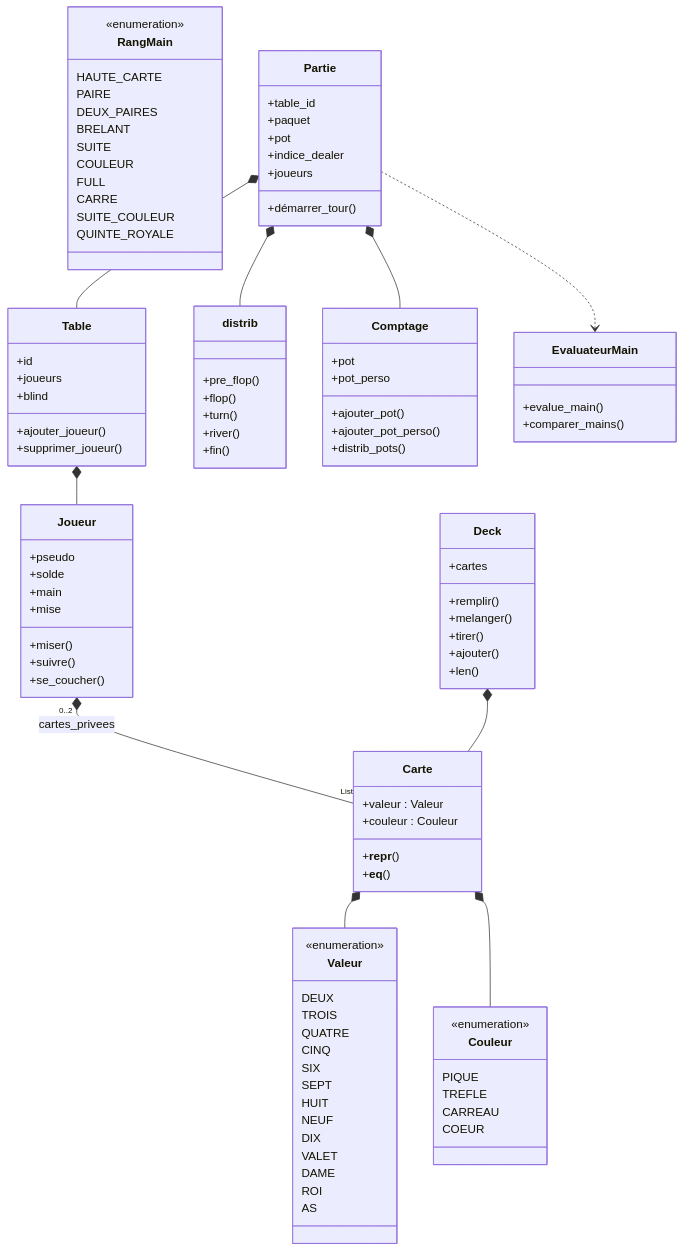
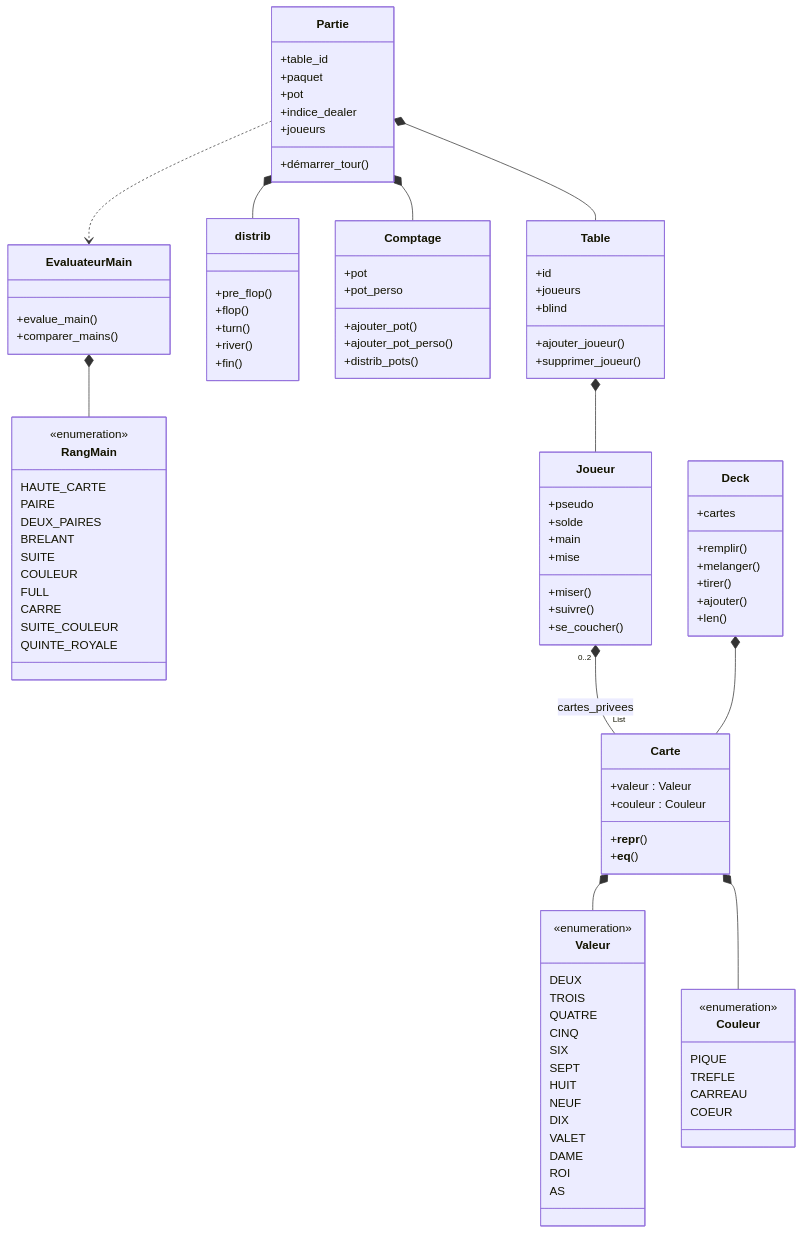
One commit to ArthurD19/ENSAI-2A-projet-info-groupe-9 changed the first of 2 diagrams in doc/diag_classes.md. Above: the diagram before and after it, drawn with Mermaid.

```diff
--- a/doc/diag_classes.md
+++ b/doc/diag_classes.md
@@ -122,6 +122,7 @@
     }
 
     %% Relations
+    EvaluateurMain *-- RangMain
     Carte *-- Valeur
     Carte *-- Couleur
     Partie *-- Table
```
